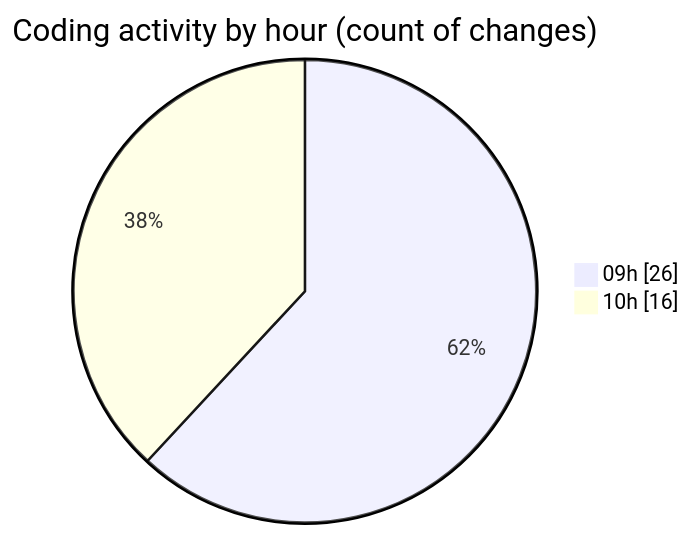
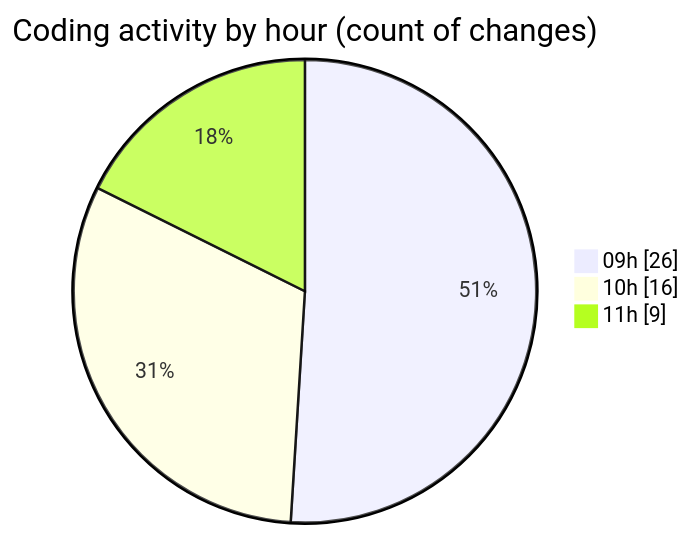
The second of 2 diagrams in 2025-11-17/cda/README.md (momahboobian/code-tracking), drawn with Mermaid before and after one commit. The commit also changed other lines of this file and 1 other file, not shown here.

````diff
--- a/2025-11-17/cda/README.md
+++ b/2025-11-17/cda/README.md
@@ -33,6 +33,7 @@
 ```mermaid
 pie showData
 title Coding activity by hour (count of changes)
 "09h" : 26
 "10h" : 16
+"11h" : 9
 ```
````
